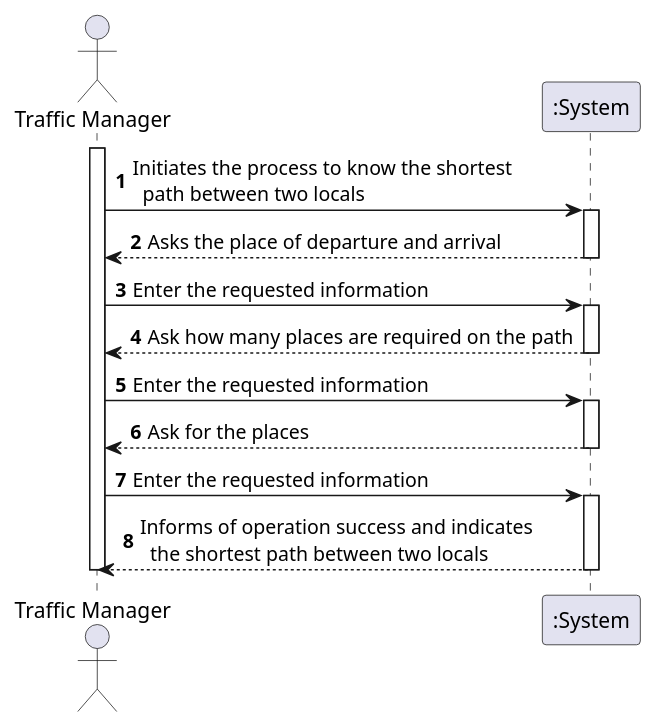
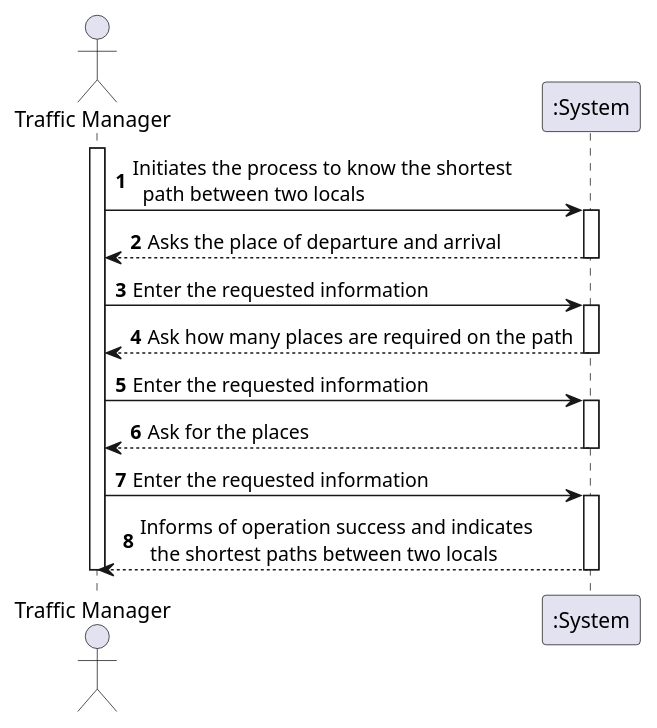
The diagram in docs/US402/US402_SSD.puml (0franciscor/lapr3-2021-g042), drawn with PlantUML before and after one commit. The commit also changed 5 other files, not shown here.

```diff
--- a/docs/US402/US402_SSD.puml
+++ b/docs/US402/US402_SSD.puml
@@ -1,35 +1,35 @@
 @startuml
 'https://plantuml.com/sequence-diagram
 
 autonumber
 actor "Traffic Manager" as TM
 
 
 activate TM
 TM -> ":System" : Initiates the process to know the shortest\n  path between two locals
 activate ":System"
 
 ":System" --> TM : Asks the place of departure and arrival
 deactivate ":System"
 
 TM -> ":System" : Enter the requested information
 activate ":System"
 
 ":System" --> TM : Ask how many places are required on the path
 deactivate ":System"
 
 TM -> ":System" : Enter the requested information
 activate ":System"
 
 ":System" --> TM : Ask for the places
 deactivate ":System"
 
 TM -> ":System" : Enter the requested information
 activate ":System"
 
-":System" --> TM : Informs of operation success and indicates\n  the shortest path between two locals
+":System" --> TM : Informs of operation success and indicates\n  the shortest paths between two locals
 deactivate ":System"
 
 deactivate TM
 
 @enduml
```
